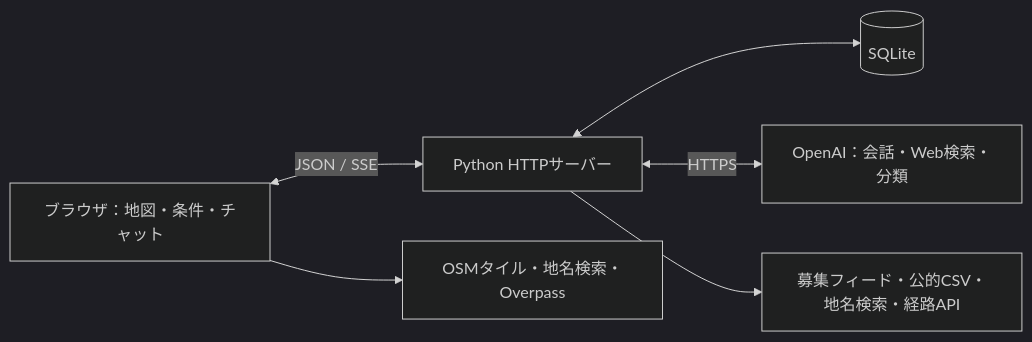
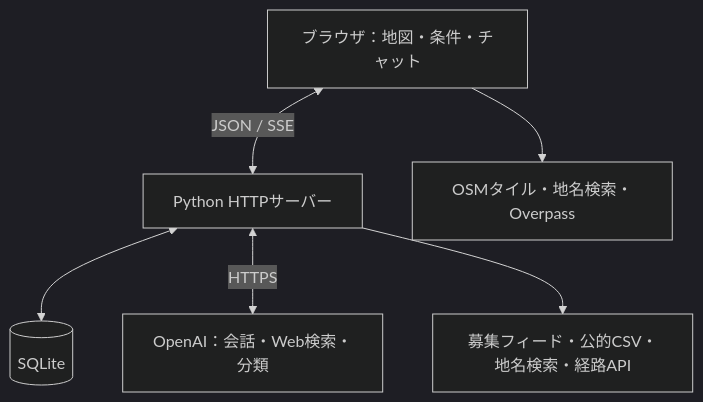
The diagram in README.md (syun88/DevDay_Hackathon_search_home), drawn with Mermaid (dark theme) before and after one commit.

Commit message:
Keep architecture diagram readable in the README column

````diff
--- a/README.md
+++ b/README.md
@@ -78,8 +78,8 @@
 ```mermaid
-flowchart LR
+flowchart TB
     UI["ブラウザ：地図・条件・チャット"] <-->|JSON / SSE| API["Python HTTPサーバー"]
     API <--> DB[(SQLite)]
     API <-->|HTTPS| AI["OpenAI：会話・Web検索・分類"]
     API --> DATA["募集フィード・公的CSV・地名検索・経路API"]
     UI --> MAP["OSMタイル・地名検索・Overpass"]
 ```
````
